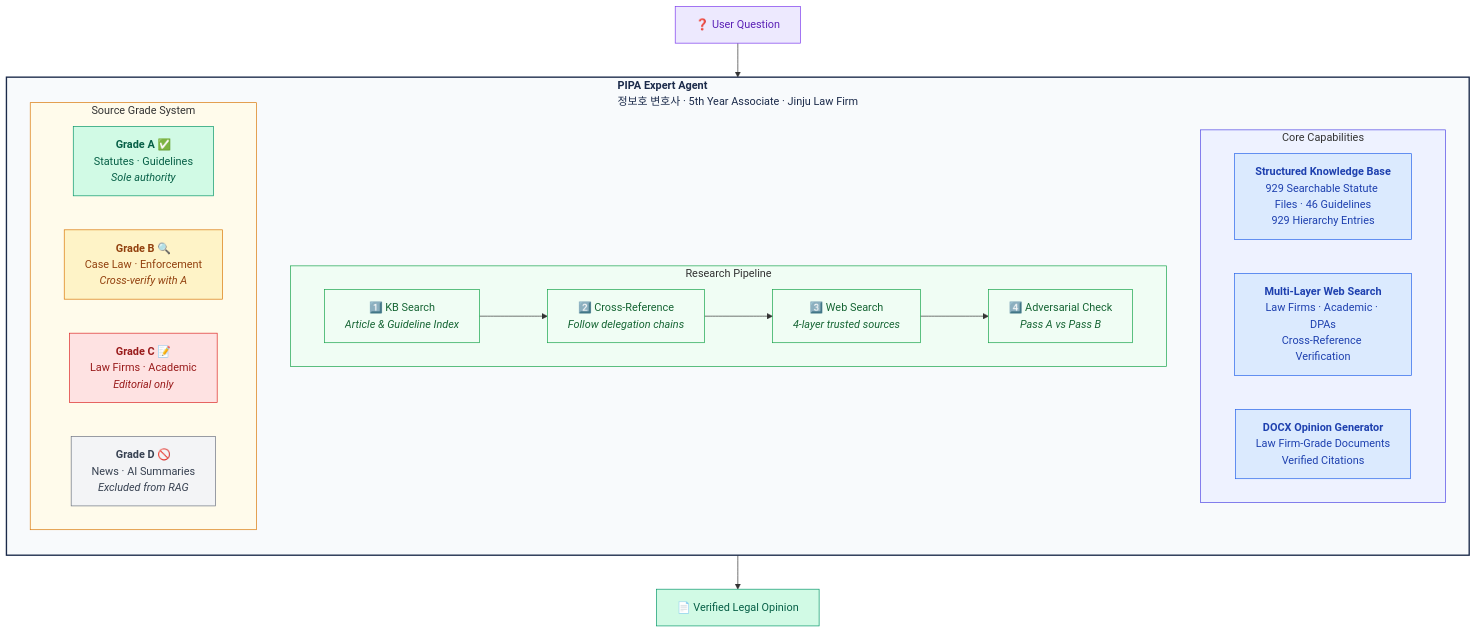
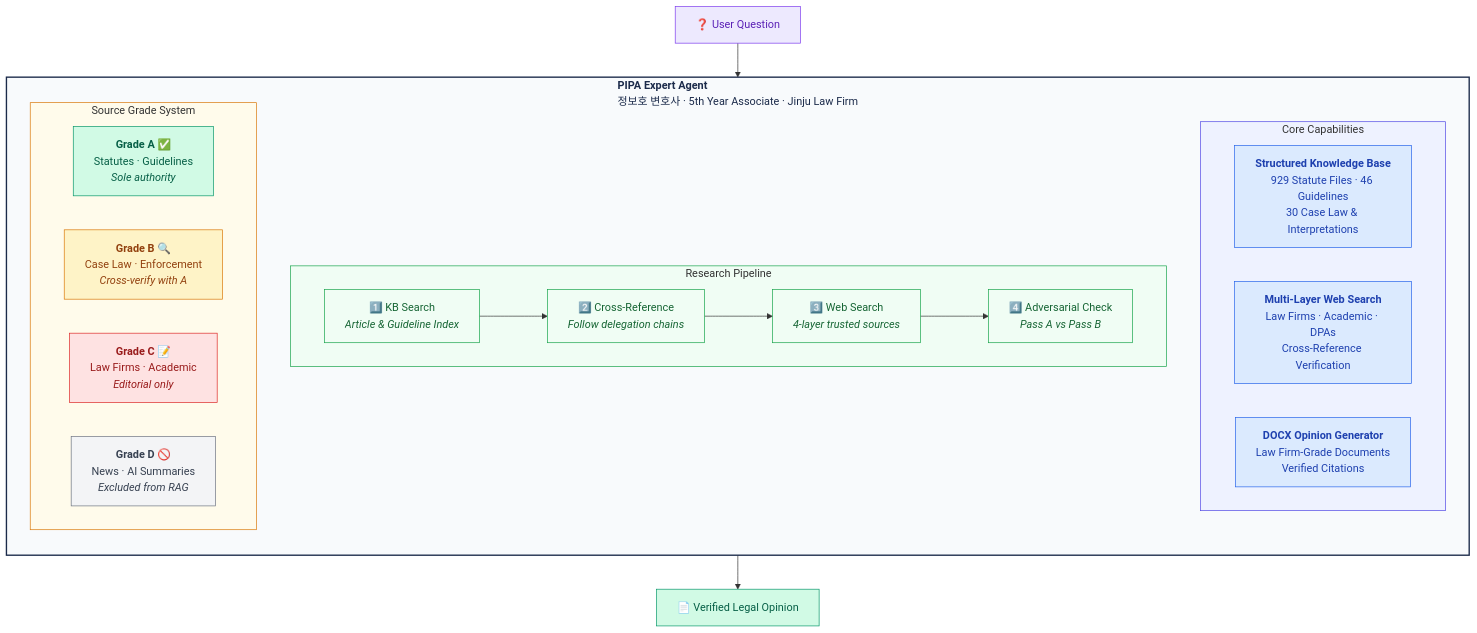
One commit to kipeum86/PIPA-expert changed the first of 2 diagrams in README.md. Above: the diagram before and after it, drawn with Mermaid. The commit also changed other lines of this file and 1 other file, not shown here.

First line of the commit message:
docs(readme): add Grade B section (30 landmark cases + interpretations)

````diff
--- a/README.md
+++ b/README.md
@@ -48,51 +48,51 @@
 ```mermaid
 graph TB
     subgraph agent["<b>PIPA Expert Agent</b><br/>정보호 변호사 · 5th Year Associate · Jinju Law Firm"]
         direction TB
 
         subgraph core["Core Capabilities"]
             direction LR
-            KB["<b>Structured Knowledge Base</b><br/>929 Searchable Statute Files · 46 Guidelines<br/>929 Hierarchy Entries"]
+            KB["<b>Structured Knowledge Base</b><br/>929 Statute Files · 46 Guidelines<br/>30 Case Law &amp; Interpretations"]
             WS["<b>Multi-Layer Web Search</b><br/>Law Firms · Academic · DPAs<br/>Cross-Reference Verification"]
             DX["<b>DOCX Opinion Generator</b><br/>Law Firm-Grade Documents<br/>Verified Citations"]
         end
 
         subgraph pipeline["Research Pipeline"]
             direction LR
             S1["1️⃣ KB Search<br/><i>Article & Guideline Index</i>"]
             S2["2️⃣ Cross-Reference<br/><i>Follow delegation chains</i>"]
             S3["3️⃣ Web Search<br/><i>4-layer trusted sources</i>"]
             S4["4️⃣ Adversarial Check<br/><i>Pass A vs Pass B</i>"]
             S1 --> S2 --> S3 --> S4
         end
 
         subgraph grades["Source Grade System"]
             direction LR
             GA["<b>Grade A</b> ✅<br/>Statutes · Guidelines<br/><i>Sole authority</i>"]
             GB["<b>Grade B</b> 🔍<br/>Case Law · Enforcement<br/><i>Cross-verify with A</i>"]
             GC["<b>Grade C</b> 📝<br/>Law Firms · Academic<br/><i>Editorial only</i>"]
             GD["<b>Grade D</b> 🚫<br/>News · AI Summaries<br/><i>Excluded from RAG</i>"]
         end
     end
 
     Q["❓ User Question"] --> S1
     S4 --> O["📄 Verified Legal Opinion"]
 
     style agent fill:#f8fafc,stroke:#1B2A4A,stroke-width:2px,color:#1B2A4A
     style core fill:#eef2ff,stroke:#4f46e5,stroke-width:1px
     style pipeline fill:#f0fdf4,stroke:#16a34a,stroke-width:1px
     style grades fill:#fffbeb,stroke:#d97706,stroke-width:1px
     style KB fill:#dbeafe,stroke:#2563eb,color:#1e40af
     style WS fill:#dbeafe,stroke:#2563eb,color:#1e40af
     style DX fill:#dbeafe,stroke:#2563eb,color:#1e40af
     style GA fill:#d1fae5,stroke:#059669,color:#065f46
     style GB fill:#fef3c7,stroke:#d97706,color:#92400e
     style GC fill:#fee2e2,stroke:#dc2626,color:#991b1b
     style GD fill:#f3f4f6,stroke:#6b7280,color:#374151
     style Q fill:#ede9fe,stroke:#7c3aed,color:#5b21b6
     style O fill:#d1fae5,stroke:#059669,color:#065f46
     style S1 fill:#f0fdf4,stroke:#16a34a,color:#166534
     style S2 fill:#f0fdf4,stroke:#16a34a,color:#166534
     style S3 fill:#f0fdf4,stroke:#16a34a,color:#166534
     style S4 fill:#f0fdf4,stroke:#16a34a,color:#166534
 ```
````
